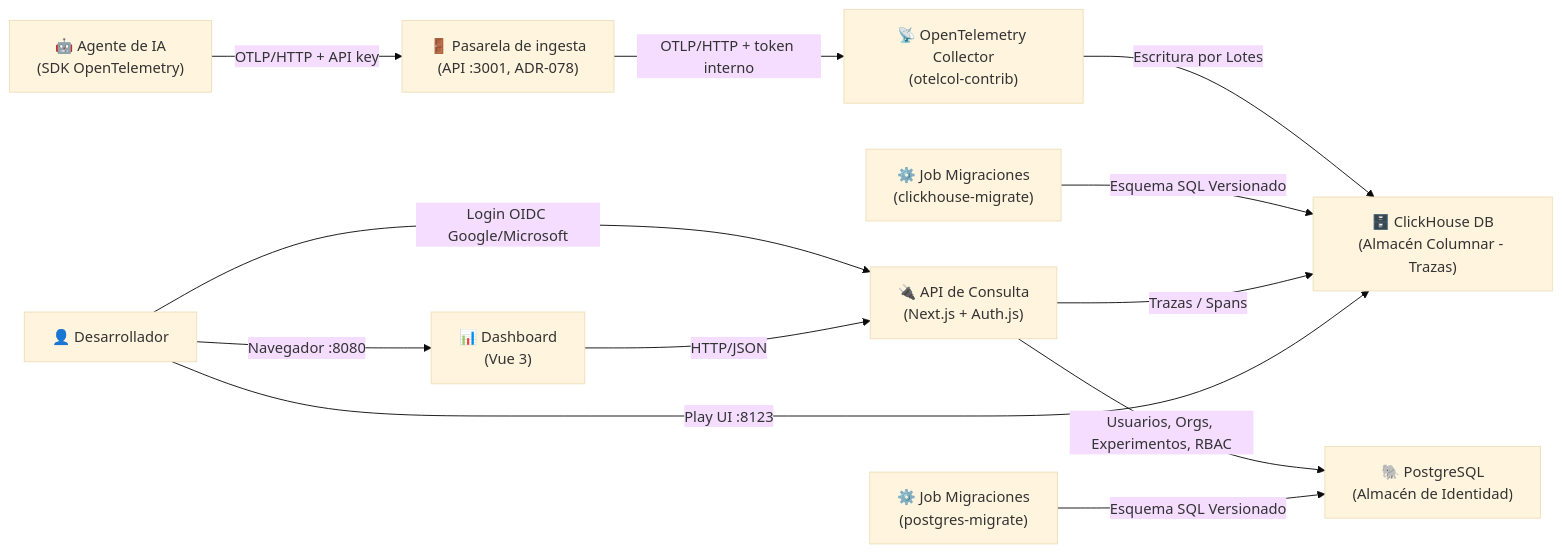
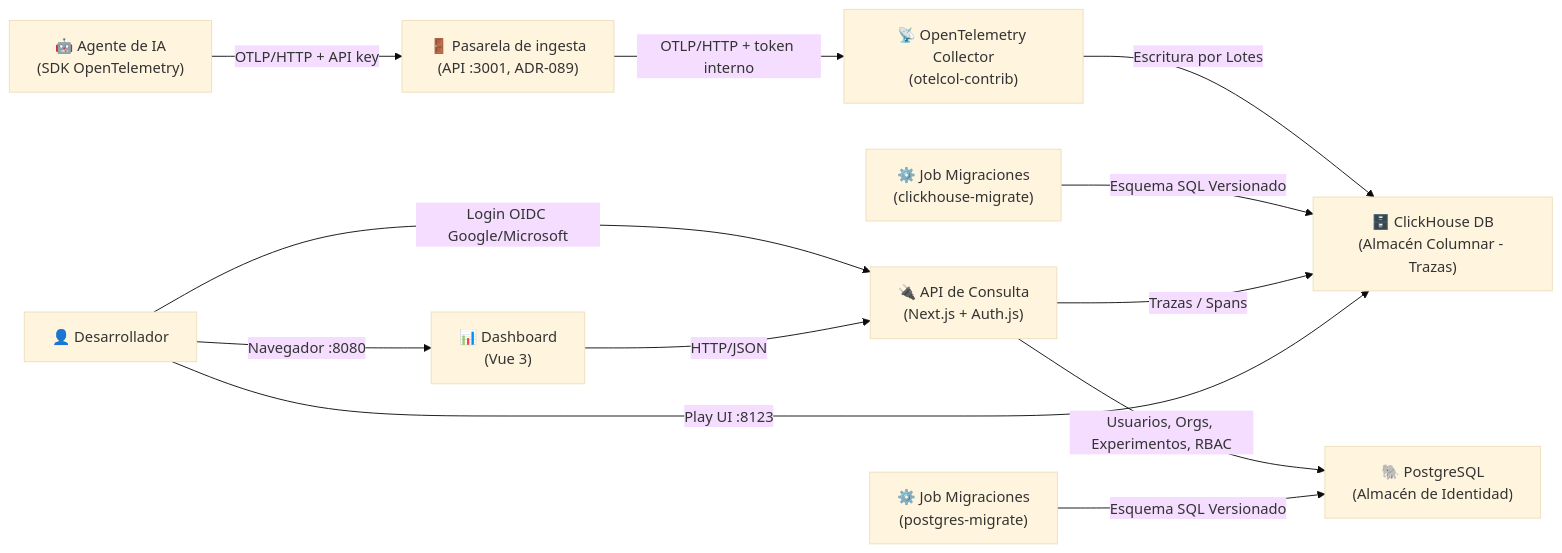
The diagram in README.md (martia-es/memtrace), drawn with Mermaid (base theme) before and after one commit. The commit also changed other lines of this file and 72 other files, not shown here.

````diff
--- a/README.md
+++ b/README.md
@@ -22,14 +22,14 @@
 ```mermaid
 graph LR
-    Agent["🤖 Agente de IA<br/>(SDK OpenTelemetry)"] -->|OTLP/HTTP + API key| Gateway["🚪 Pasarela de ingesta<br/>(API :3001, ADR-078)"]
+    Agent["🤖 Agente de IA<br/>(SDK OpenTelemetry)"] -->|OTLP/HTTP + API key| Gateway["🚪 Pasarela de ingesta<br/>(API :3001, ADR-089)"]
     Gateway -->|OTLP/HTTP + token interno| Collector["📡 OpenTelemetry Collector<br/>(otelcol-contrib)"]
     Collector -->|Escritura por Lotes| ClickHouse["🗄️ ClickHouse DB<br/>(Almacén Columnar - Trazas)"]
     MigrateCH["⚙️ Job Migraciones<br/>(clickhouse-migrate)"] -->|Esquema SQL Versionado| ClickHouse
     User["👤 Desarrollador"] -->|Login OIDC Google/Microsoft| API["🔌 API de Consulta<br/>(Next.js + Auth.js)"]
     API -->|Trazas / Spans| ClickHouse
     API -->|Usuarios, Orgs, Experimentos, RBAC| Postgres["🐘 PostgreSQL<br/>(Almacén de Identidad)"]
     MigratePG["⚙️ Job Migraciones<br/>(postgres-migrate)"] -->|Esquema SQL Versionado| Postgres
     User -->|Navegador :8080| Dashboard["📊 Dashboard<br/>(Vue 3)"]
     Dashboard -->|HTTP/JSON| API
     User -->|Play UI :8123| ClickHouse
 ```
````
